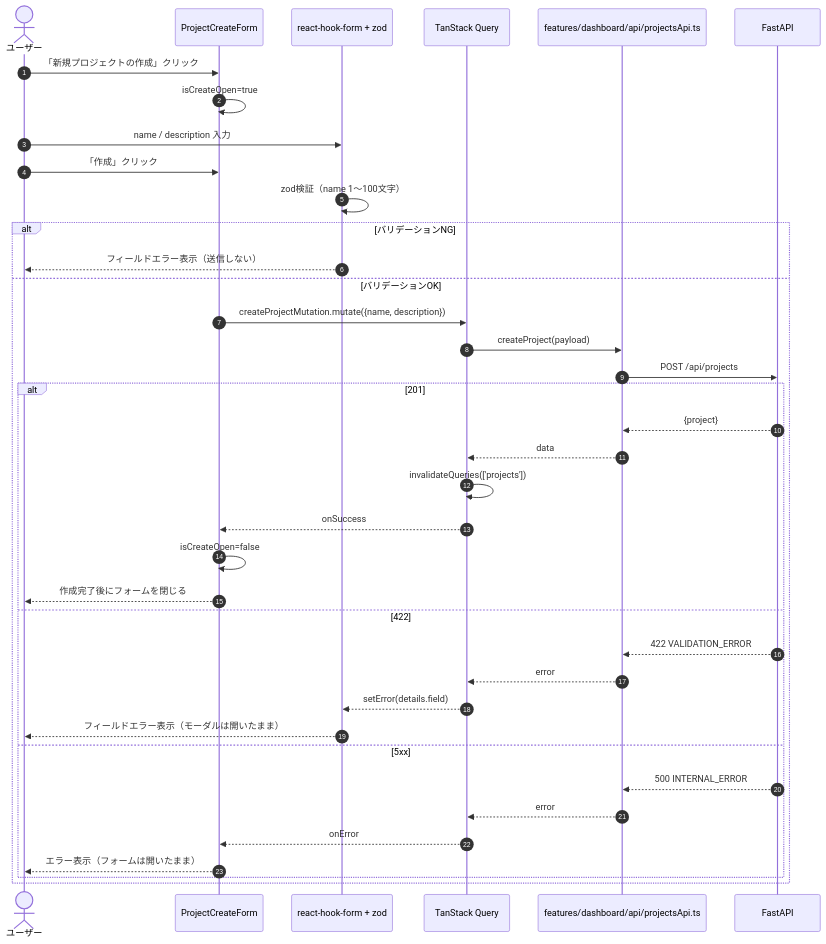
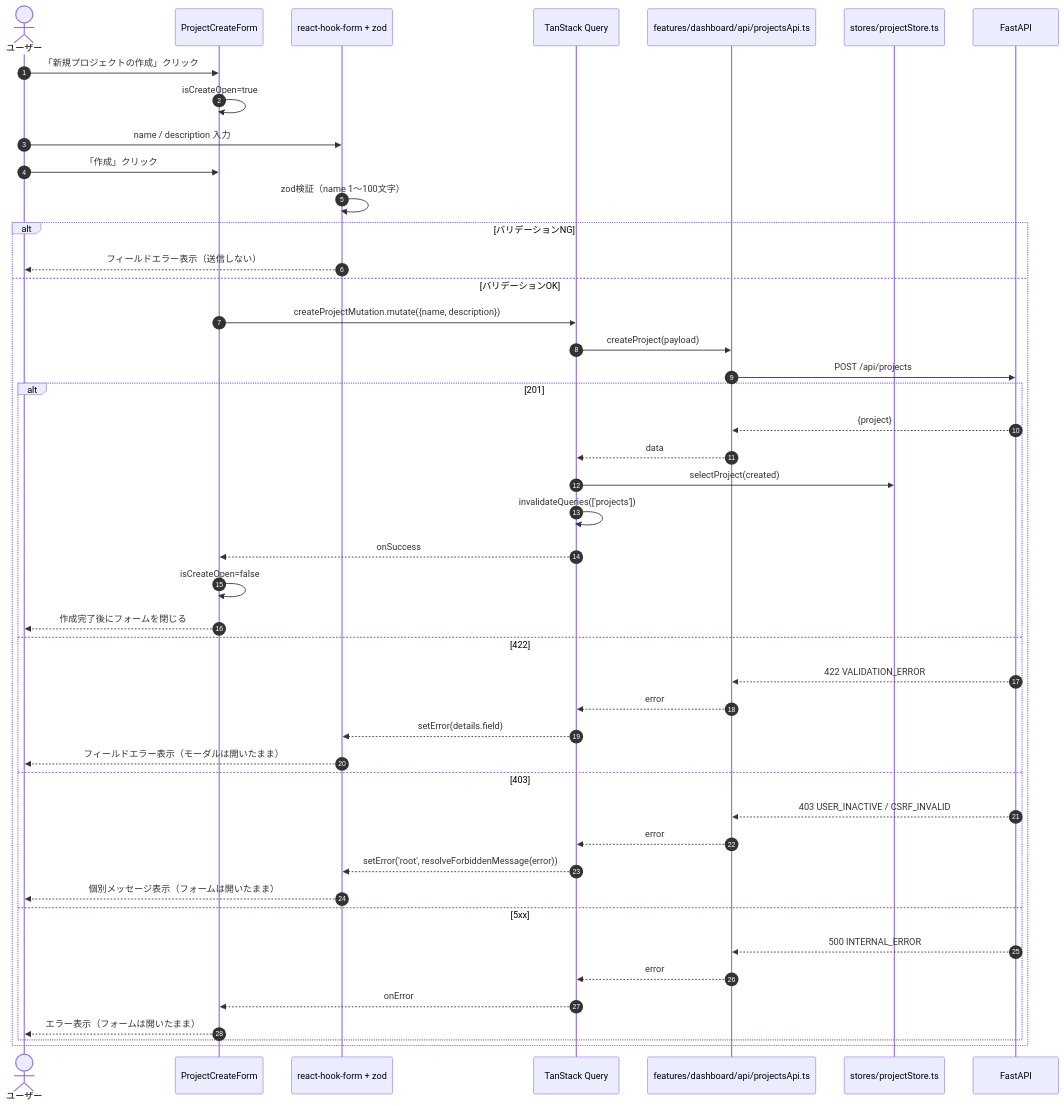
The third of 5 diagrams in docs/detailed_design/screen/06_dashboard.md (oikawa-d/task_management), drawn with Mermaid before and after one commit. The commit also changed other lines of this file and 9 other files, not shown here.

````diff
--- a/docs/detailed_design/screen/06_dashboard.md
+++ b/docs/detailed_design/screen/06_dashboard.md
@@ -168,41 +169,48 @@
 ```mermaid
 sequenceDiagram
     autonumber
     actor U as ユーザー
     participant PCF as ProjectCreateForm
     participant RHF as react-hook-form + zod
     participant Q as TanStack Query
     participant EP as features/dashboard/api/projectsApi.ts
+    participant PS as stores/projectStore.ts
     participant API as FastAPI
 
     U->>PCF: 「新規プロジェクトの作成」クリック
     PCF->>PCF: isCreateOpen=true
     U->>RHF: name / description 入力
     U->>PCF: 「作成」クリック
     RHF->>RHF: zod検証（name 1〜100文字）
     alt バリデーションNG
         RHF-->>U: フィールドエラー表示（送信しない）
     else バリデーションOK
         PCF->>Q: createProjectMutation.mutate({name, description})
         Q->>EP: createProject(payload)
         EP->>API: POST /api/projects
         alt 201
             API-->>EP: {project}
             EP-->>Q: data
+            Q->>PS: selectProject(created)
             Q->>Q: invalidateQueries(['projects'])
             Q-->>PCF: onSuccess
             PCF->>PCF: isCreateOpen=false
             PCF-->>U: 作成完了後にフォームを閉じる
         else 422
             API-->>EP: 422 VALIDATION_ERROR
             EP-->>Q: error
             Q-->>RHF: setError(details.field)
             RHF-->>U: フィールドエラー表示（モーダルは開いたまま）
+        else 403
+            API-->>EP: 403 USER_INACTIVE / CSRF_INVALID
+            EP-->>Q: error
+            Q-->>RHF: setError('root', resolveForbiddenMessage(error))
+            RHF-->>U: 個別メッセージ表示（フォームは開いたまま）
         else 5xx
             API-->>EP: 500 INTERNAL_ERROR
             EP-->>Q: error
             Q-->>PCF: onError
             PCF-->>U: エラー表示（フォームは開いたまま）
         end
     end
 ```
````
